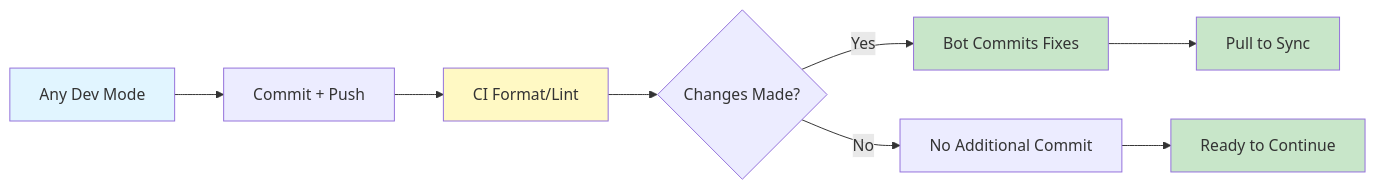
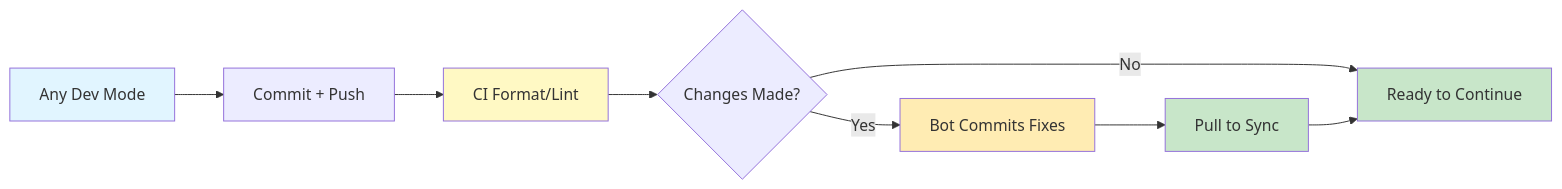
The second of 6 diagrams in .github/CI_CD_GUIDE.md (borealBytes/startup-blueprint), drawn with Mermaid before and after one commit.

Commit message:
docs(ci): fix universal flow diagram to converge at final step
Make both paths (bot commit & no commit) end at "Ready to Continue".
Pull to Sync is now an intermediate step, not a terminal node.

````diff
--- a/.github/CI_CD_GUIDE.md
+++ b/.github/CI_CD_GUIDE.md
@@ -42,16 +42,16 @@
 ```mermaid
 flowchart LR
     A[Any Dev Mode] --> B[Commit + Push]
     B --> C[CI Format/Lint]
     C --> D{Changes Made?}
     D -->|Yes| E[Bot Commits Fixes]
-    D -->|No| F[No Additional Commit]
+    D -->|No| F[Ready to Continue]
     E --> G[Pull to Sync]
-    F --> H[Ready to Continue]
+    G --> F
 
     style A fill:#e1f5ff
     style C fill:#fff9c4
-    style E fill:#c8e6c9
+    style E fill:#ffecb3
     style G fill:#c8e6c9
-    style H fill:#c8e6c9
+    style F fill:#c8e6c9
 ```
````
